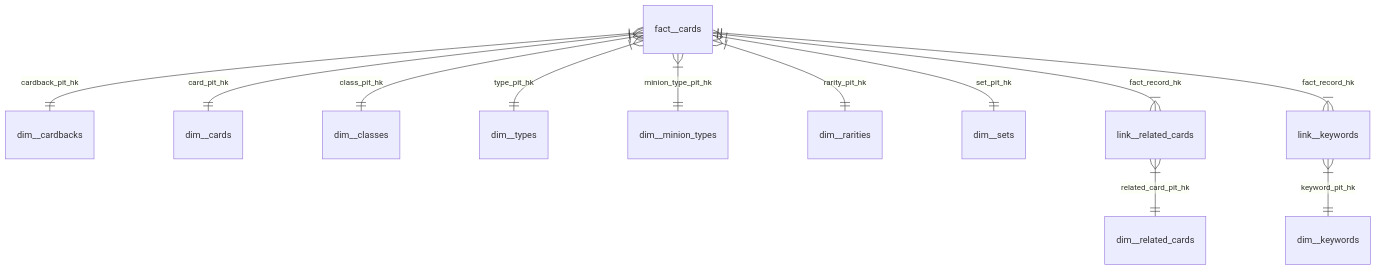
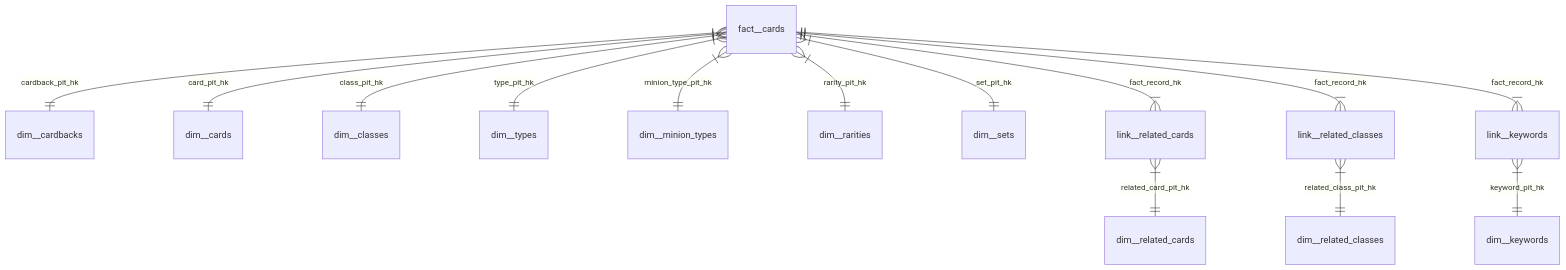
One commit to mattiasthalen/arcane-insight changed the second of 2 diagrams in README.md. Above: the diagram before and after it, drawn with Mermaid. The commit also changed 2 other files, not shown here.

Commit message:
Add related classes

````diff
--- a/README.md
+++ b/README.md
@@ -35,16 +35,19 @@
 ```mermaid
 erDiagram
     fact__cards }|--|| dim__cardbacks: "cardback_pit_hk"
     fact__cards }|--|| dim__cards: "card_pit_hk"
     fact__cards }|--|| dim__classes: "class_pit_hk"
     fact__cards }|--|| dim__types: "type_pit_hk"
     fact__cards }|--|| dim__minion_types: "minion_type_pit_hk"
     fact__cards }|--|| dim__rarities: "rarity_pit_hk"
     fact__cards }|--|| dim__sets: "set_pit_hk"
     
     fact__cards ||--|{ link__related_cards: "fact_record_hk"
     link__related_cards }|--|| dim__related_cards: "related_card_pit_hk"
     
+    fact__cards ||--|{ link__related_classes: "fact_record_hk"
+    link__related_classes }|--|| dim__related_classes: "related_class_pit_hk"
+    
     fact__cards ||--|{ link__keywords: "fact_record_hk"
     link__keywords }|--|| dim__keywords: "keyword_pit_hk"
 ```
````
